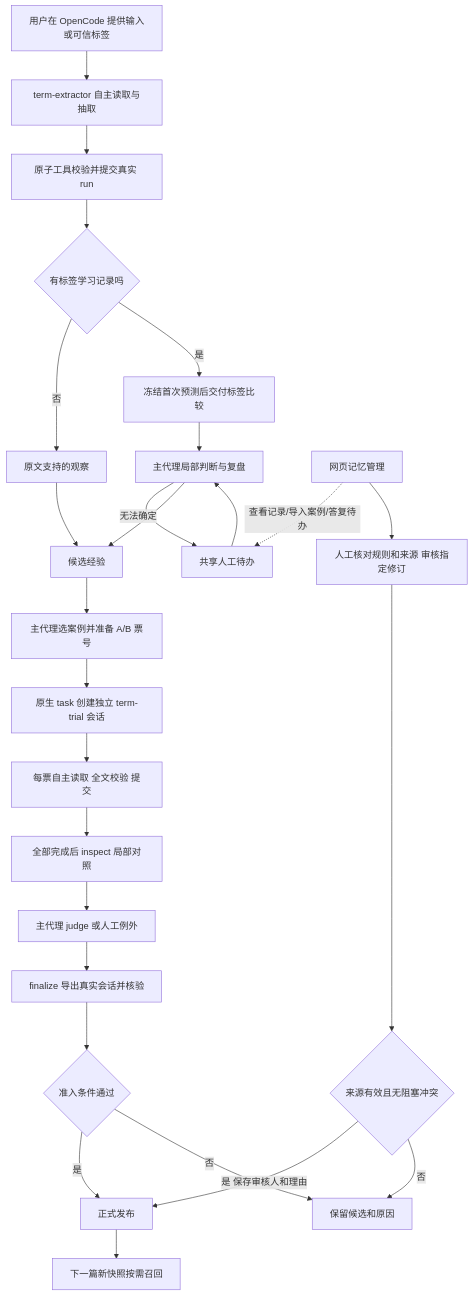
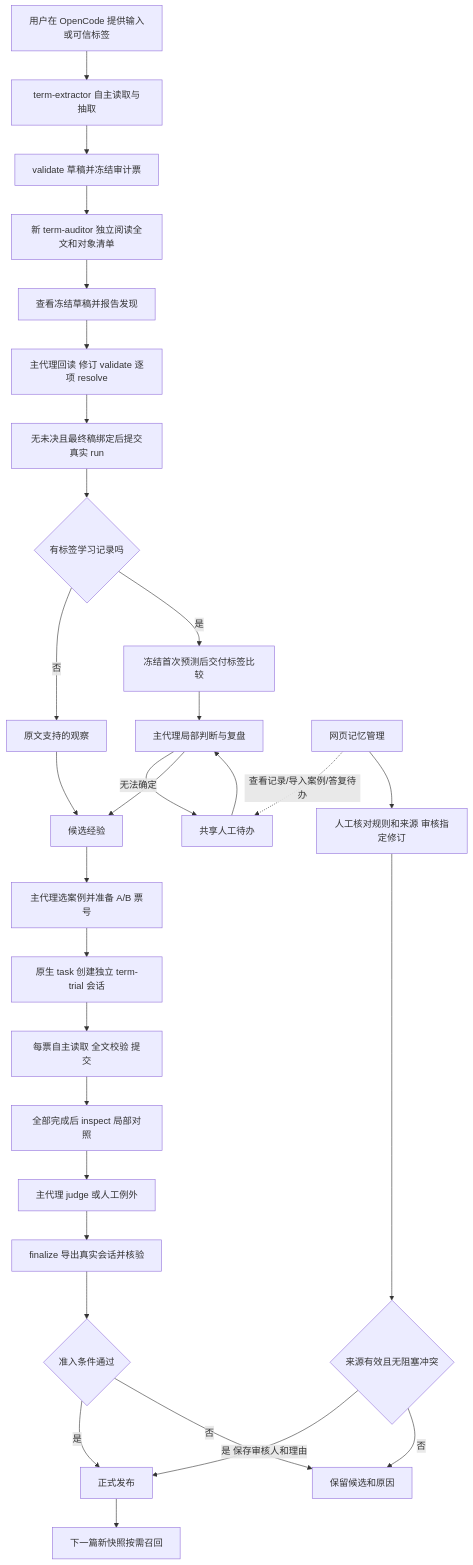
Before and after one commit to zza1211/extract_skill_1015: the diagram in docs/learning-evolution.md, drawn with Mermaid. The commit also changed other lines of this file and 18 other files, not shown here.

````diff
--- a/docs/learning-evolution.md
+++ b/docs/learning-evolution.md
@@ -41,28 +41,32 @@
 ```mermaid
 flowchart TD
     A[用户在 OpenCode 提供输入或可信标签] --> B[term-extractor 自主读取与抽取]
-    B --> C[原子工具校验并提交真实 run]
+    B --> B1[validate 草稿并冻结审计票]
+    B1 --> B2[新 term-auditor 独立阅读全文和对象清单]
+    B2 --> B3[查看冻结草稿并报告发现]
+    B3 --> B4[主代理回读 修订 validate 逐项 resolve]
+    B4 --> C[无未决且最终稿绑定后提交真实 run]
     C --> D{有标签学习记录吗}
     D -->|否| E[原文支持的观察]
     D -->|是| F[冻结首次预测后交付标签比较]
     F --> G[主代理局部判断与复盘]
     G -->|无法确定| H[共享人工待办]
     H --> G
     E --> I[候选经验]
     G --> I
     I --> J[主代理选案例并准备 A/B 票号]
     J --> K[原生 task 创建独立 term-trial 会话]
     K --> L[每票自主读取 全文校验 提交]
     L --> M[全部完成后 inspect 局部对照]
     M --> N[主代理 judge 或人工例外]
     N --> O[finalize 导出真实会话并核验]
     O --> P{准入条件通过}
     P -->|是| Q[正式发布]
     P -->|否| R[保留候选和原因]
     Q --> S[下一篇新快照按需召回]
     W[网页记忆管理] -.查看记录/导入案例/答复待办.-> H
     W --> T[人工核对规则和来源 审核指定修订]
     T --> U{来源有效且无阻塞冲突}
     U -->|是 保存审核人和理由| Q
     U -->|否| R
 ```
````
